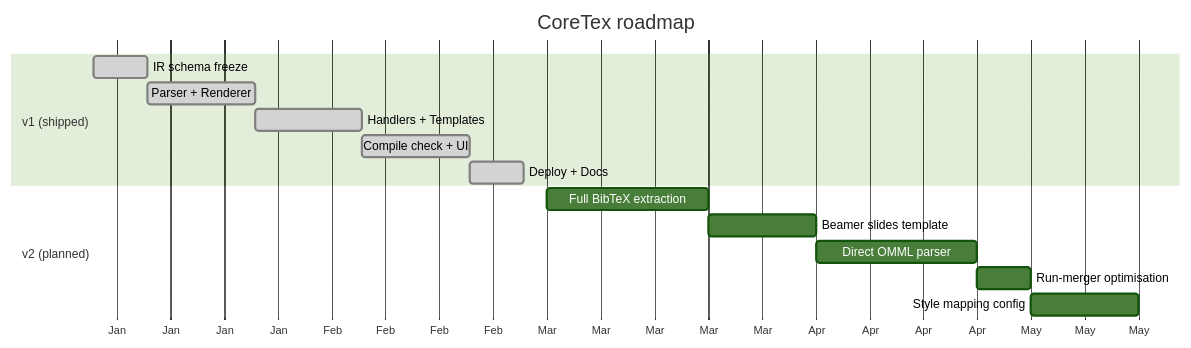
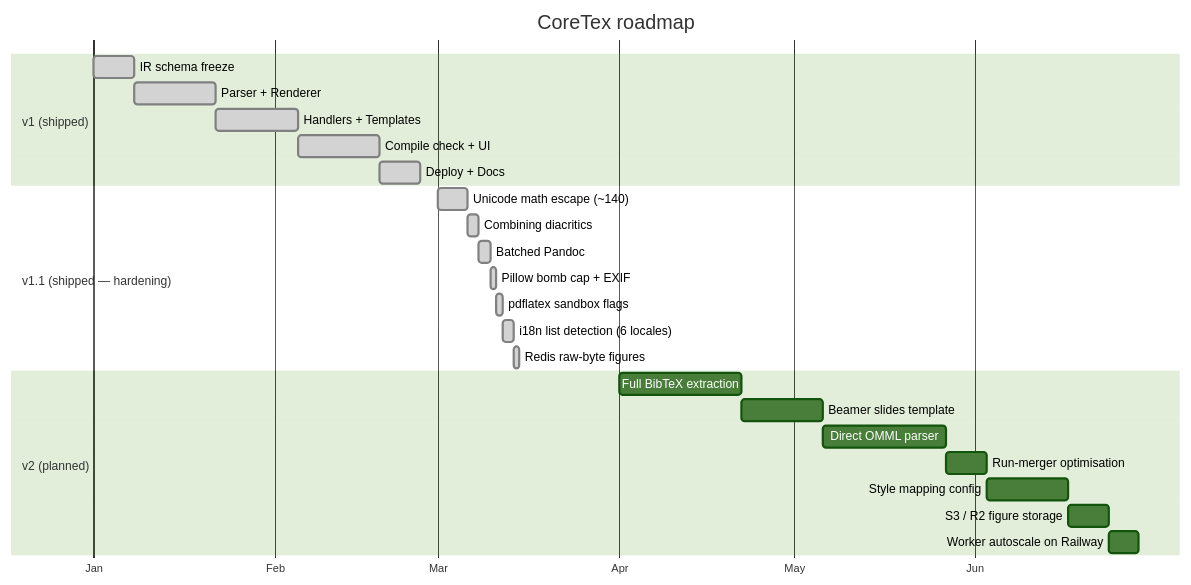
The third of 3 diagrams in README.md (TheClazer/CoreTex), drawn with Mermaid (forest theme) before and after one commit. The commit also changed other lines of this file, not shown here.

First line of the commit message:
docs(readme): reflect v1.1 hardening — math glyphs, batched Pandoc, security

````diff
--- a/README.md
+++ b/README.md
@@ -412,20 +449,31 @@
 ```mermaid
 gantt
     title CoreTex roadmap
     dateFormat YYYY-MM-DD
     axisFormat %b
 
     section v1 (shipped)
-    IR schema freeze          :done, 2026-01-01, 7d
-    Parser + Renderer         :done, 2026-01-08, 14d
-    Handlers + Templates      :done, 2026-01-22, 14d
-    Compile check + UI        :done, 2026-02-05, 14d
-    Deploy + Docs             :done, 2026-02-19, 7d
+    IR schema freeze              :done, 2026-01-01, 7d
+    Parser + Renderer             :done, 2026-01-08, 14d
+    Handlers + Templates          :done, 2026-01-22, 14d
+    Compile check + UI            :done, 2026-02-05, 14d
+    Deploy + Docs                 :done, 2026-02-19, 7d
+
+    section v1.1 (shipped — hardening)
+    Unicode math escape (~140)    :done, 2026-03-01, 5d
+    Combining diacritics          :done, 2026-03-06, 2d
+    Batched Pandoc                :done, 2026-03-08, 2d
+    Pillow bomb cap + EXIF        :done, 2026-03-10, 1d
+    pdflatex sandbox flags        :done, 2026-03-11, 1d
+    i18n list detection (6 locales) :done, 2026-03-12, 2d
+    Redis raw-byte figures        :done, 2026-03-14, 1d
 
     section v2 (planned)
-    Full BibTeX extraction    :2026-03-01, 21d
-    Beamer slides template    :2026-03-22, 14d
-    Direct OMML parser        :2026-04-05, 21d
-    Run-merger optimisation   :2026-04-26, 7d
-    Style mapping config      :2026-05-03, 14d
+    Full BibTeX extraction        :2026-04-01, 21d
+    Beamer slides template        :2026-04-22, 14d
+    Direct OMML parser            :2026-05-06, 21d
+    Run-merger optimisation       :2026-05-27, 7d
+    Style mapping config          :2026-06-03, 14d
+    S3 / R2 figure storage        :2026-06-17, 7d
+    Worker autoscale on Railway   :2026-06-24, 5d
 ```
````
